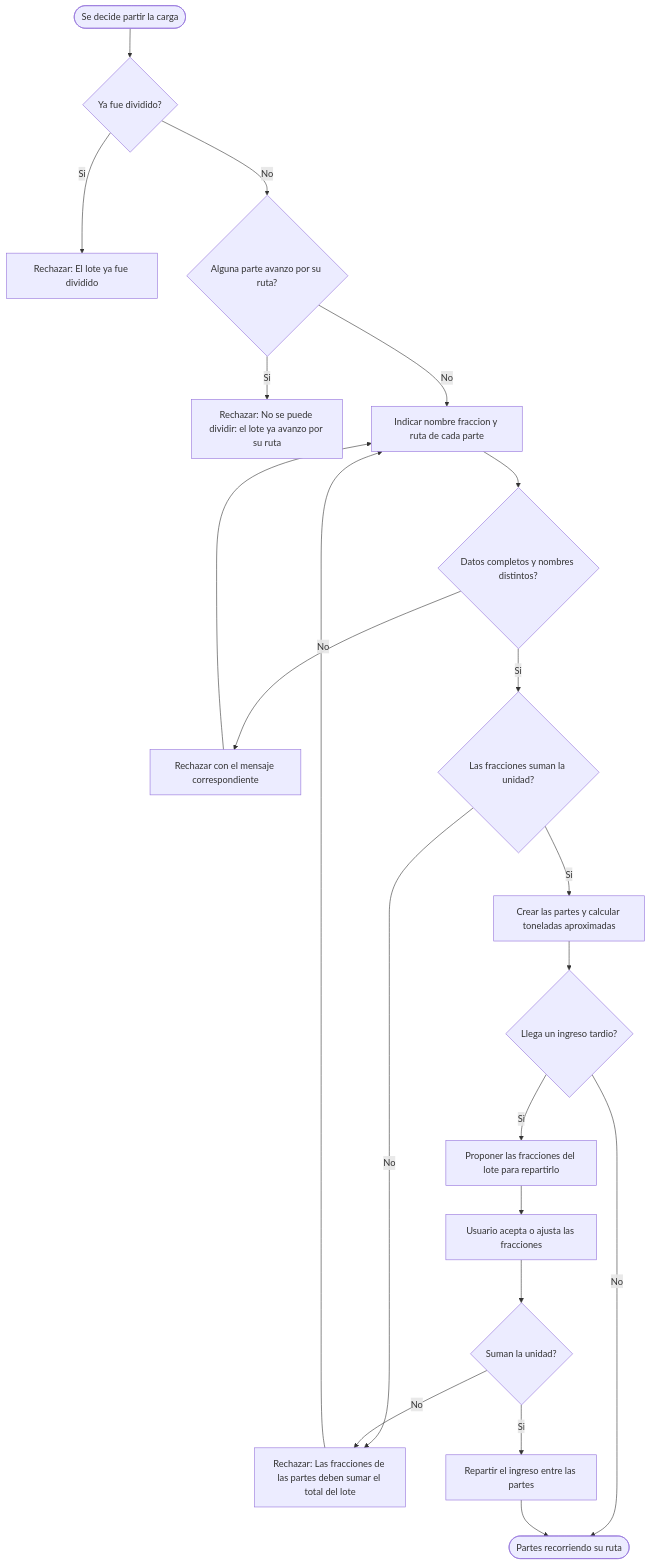
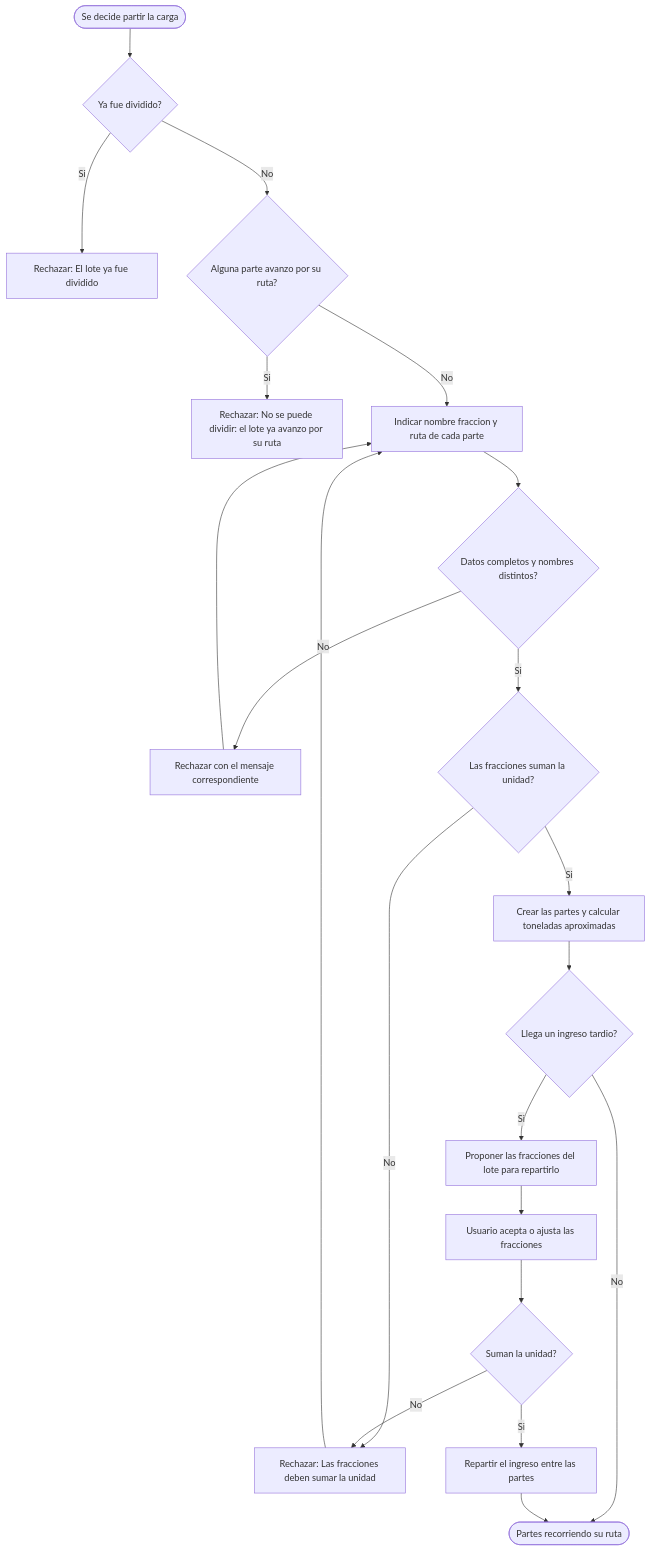
The fourth of 5 diagrams in docs/modulos/M06-trazabilidad/diagramas/actividades.md (adlerOmonte1/LogisticaMinera), drawn with Mermaid before and after one commit. The commit also changed 72 other files, not shown here.

````diff
--- a/docs/modulos/M06-trazabilidad/diagramas/actividades.md
+++ b/docs/modulos/M06-trazabilidad/diagramas/actividades.md
@@ -105,23 +105,23 @@
 ```mermaid
 flowchart TD
     I([Se decide partir la carga]) --> V1{Ya fue dividido?}
     V1 -->|Si| E1[Rechazar: El lote ya fue dividido]
     V1 -->|No| V2{Alguna parte avanzo por su ruta?}
     V2 -->|Si| E2[Rechazar: No se puede dividir: el lote ya avanzo por su ruta]
     V2 -->|No| L1[Indicar nombre fraccion y ruta de cada parte]
     L1 --> V3{Datos completos y nombres distintos?}
     V3 -->|No| E3[Rechazar con el mensaje correspondiente]
     E3 --> L1
     V3 -->|Si| V4{Las fracciones suman la unidad?}
-    V4 -->|No| E4[Rechazar: Las fracciones de las partes deben sumar el total del lote]
+    V4 -->|No| E4[Rechazar: Las fracciones deben sumar la unidad]
     E4 --> L1
     V4 -->|Si| P1[Crear las partes y calcular toneladas aproximadas]
     P1 --> D1{Llega un ingreso tardio?}
     D1 -->|No| F([Partes recorriendo su ruta])
     D1 -->|Si| L2[Proponer las fracciones del lote para repartirlo]
     L2 --> L3[Usuario acepta o ajusta las fracciones]
     L3 --> V5{Suman la unidad?}
     V5 -->|No| E4
     V5 -->|Si| P2[Repartir el ingreso entre las partes]
     P2 --> F
 ```
````
